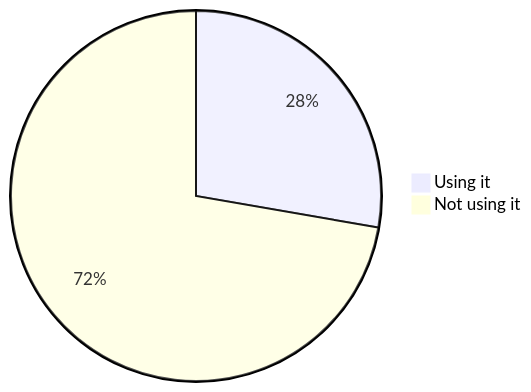
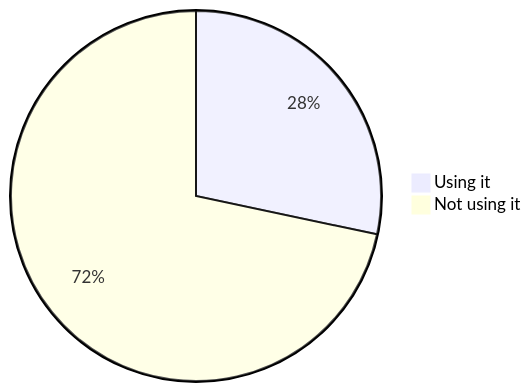
Diagram 15 of 22 in stats.md (oshp/oshp-stats), drawn with Mermaid before and after one commit. The commit also changed other lines of this file, not shown here.

````diff
--- a/stats.md
+++ b/stats.md
@@ -178,6 +178,6 @@
 ```mermaid
 pie
-	"Using it" : 27.73
-	"Not using it" : 72.27
+	"Using it" : 28.32
+	"Not using it" : 71.68
 
 ```
````
